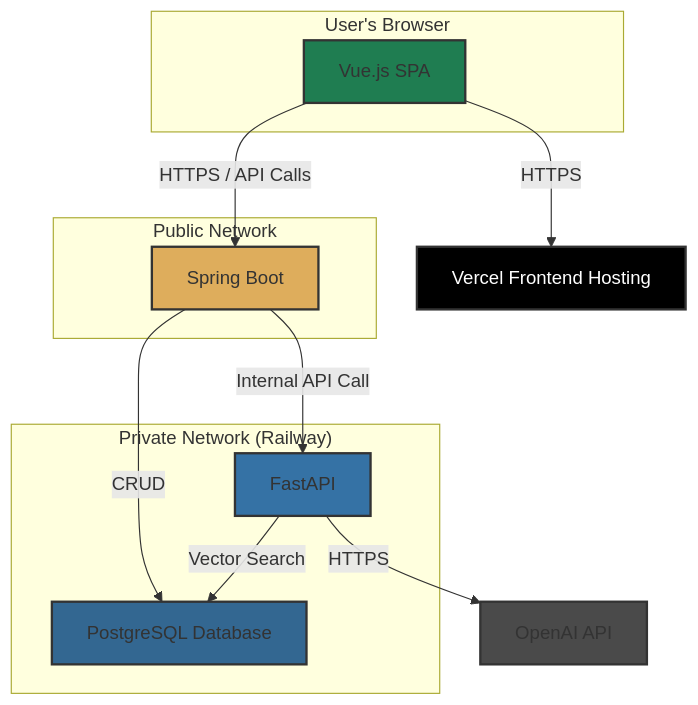
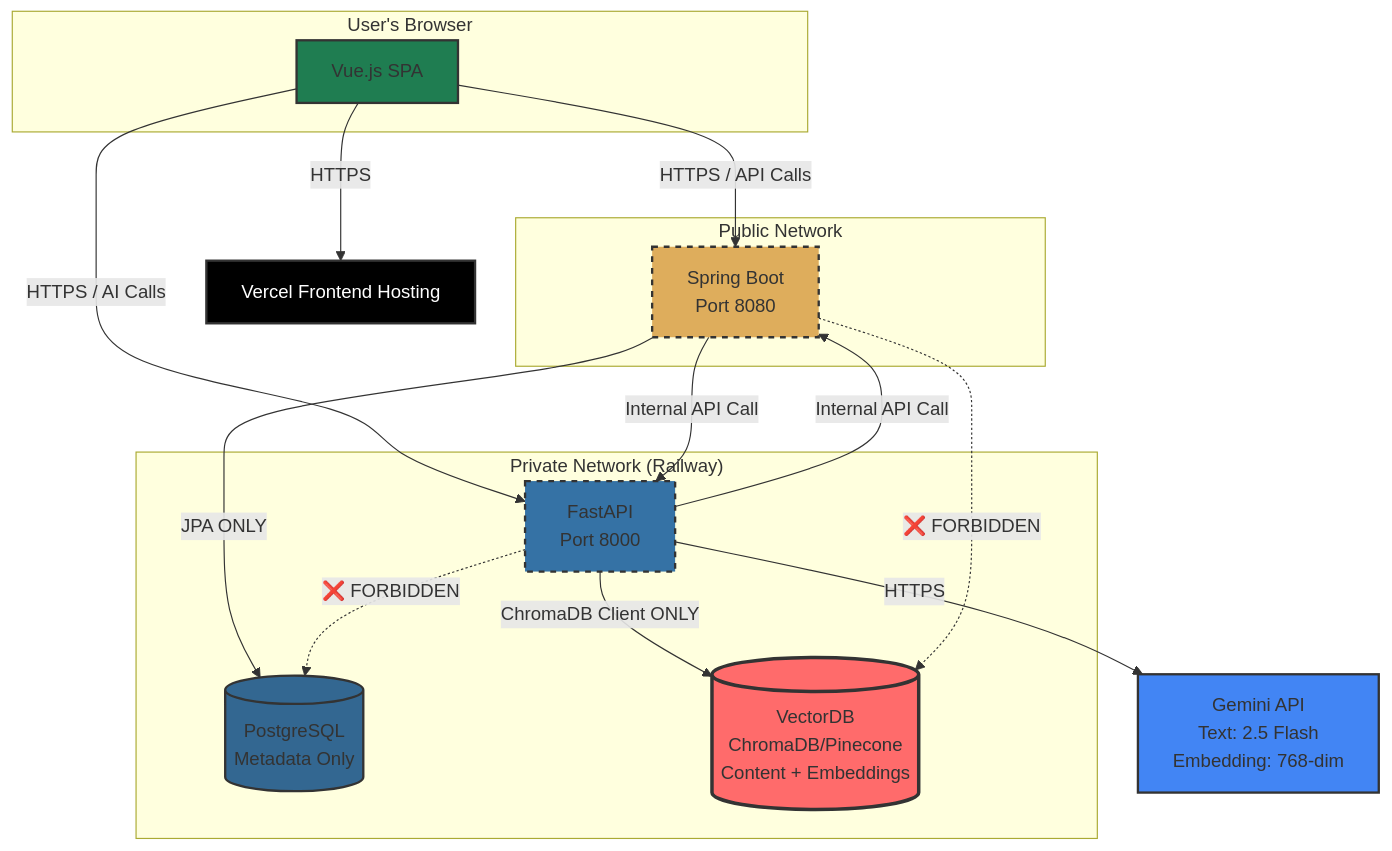
Before and after one commit to SideProjectSFY/gajiFE: the seventh of 7 diagrams in architecture.md, drawn with Mermaid. The commit also changed other lines of this file and 16 other files, not shown here.

````diff
--- a/architecture.md
+++ b/architecture.md
@@ -217,34 +1589,47 @@
 ```mermaid
 graph TD
     subgraph "User's Browser"
         A[Vue.js SPA]
     end
 
     subgraph "Public Network"
-        C[Spring Boot]
+        C[Spring Boot<br/>Port 8080]
     end
 
     subgraph "Private Network (Railway)"
-        D[FastAPI]
-        E[PostgreSQL Database]
+        D[FastAPI<br/>Port 8000]
+        E[(PostgreSQL<br/>Metadata Only)]
+        V[(VectorDB<br/>ChromaDB/Pinecone<br/>Content + Embeddings)]
     end
 
-    F[OpenAI API]
+    G[Gemini API<br/>Text: 2.5 Flash<br/>Embedding: 768-dim]
     B[Vercel Frontend Hosting]
 
     A -- HTTPS --> B
     A -- HTTPS / API Calls --> C
+    A -- HTTPS / AI Calls --> D
 
     C -- Internal API Call --> D
-    C -- CRUD --> E
+    C -- JPA ONLY --> E
 
-    D -- Vector Search --> E
-    D -- HTTPS --> F
+    D -- Internal API Call --> C
+    D -- ChromaDB Client ONLY --> V
+    D -- HTTPS --> G
 
     style A fill:#1F7D51,stroke:#333,stroke-width:2px
     style C fill:#DEAD5C,stroke:#333,stroke-width:2px
     style D fill:#3572A5,stroke:#333,stroke-width:2px
     style E fill:#336791,stroke:#333,stroke-width:2px
-    style F fill:#4A4A4A,stroke:#333,stroke-width:2px
+    style V fill:#FF6B6B,stroke:#333,stroke-width:3px
+    style G fill:#4285F4,stroke:#333,stroke-width:2px
     style B fill:#000000,stroke:#333,stroke-width:2px,color:#fff
+
+    classDef forbidden fill:#FFE5E5,stroke:#FF0000,stroke-width:3px,stroke-dasharray: 5 5
+    
+    %% Forbidden connections (drawn but styled as prohibited)
+    C -.->|❌ FORBIDDEN| V
+    D -.->|❌ FORBIDDEN| E
+    
+    class C forbidden
+    class D forbidden
 ```
````
